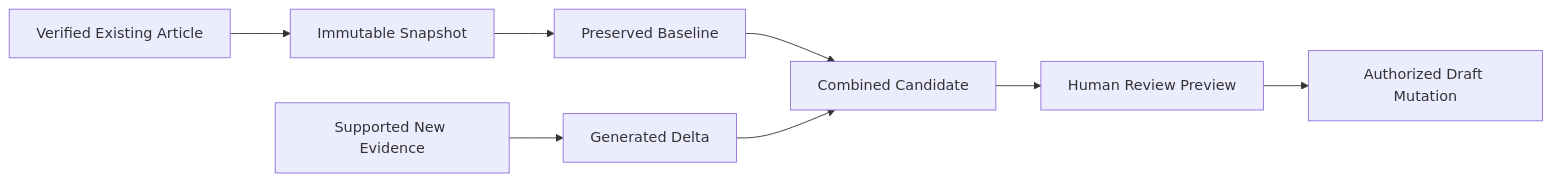
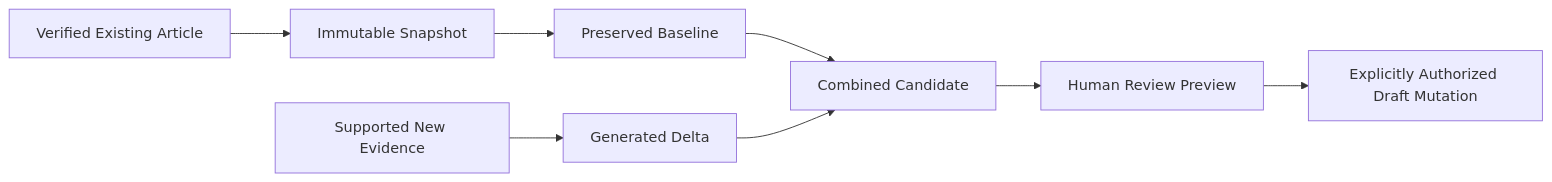
Before and after one commit to erikasrcastro/bia-governed-documentation-showcase: the second of 2 diagrams in showcase/ARCHITECTURE.md, drawn with Mermaid. The commit also changed other lines of this file, not shown here.

Commit message:
docs: update architecture for scope redirect and guard

```diff
--- a/showcase/ARCHITECTURE.md
+++ b/showcase/ARCHITECTURE.md
@@ -248,10 +282,10 @@
 ~~~mermaid
 flowchart LR
     A[Verified Existing Article] --> B[Immutable Snapshot]
     B --> C[Preserved Baseline]
     D[Supported New Evidence] --> E[Generated Delta]
     C --> F[Combined Candidate]
     E --> F
     F --> G[Human Review Preview]
-    G --> H[Authorized Draft Mutation]
+    G --> H[Explicitly Authorized Draft Mutation]
 ~~~
```
